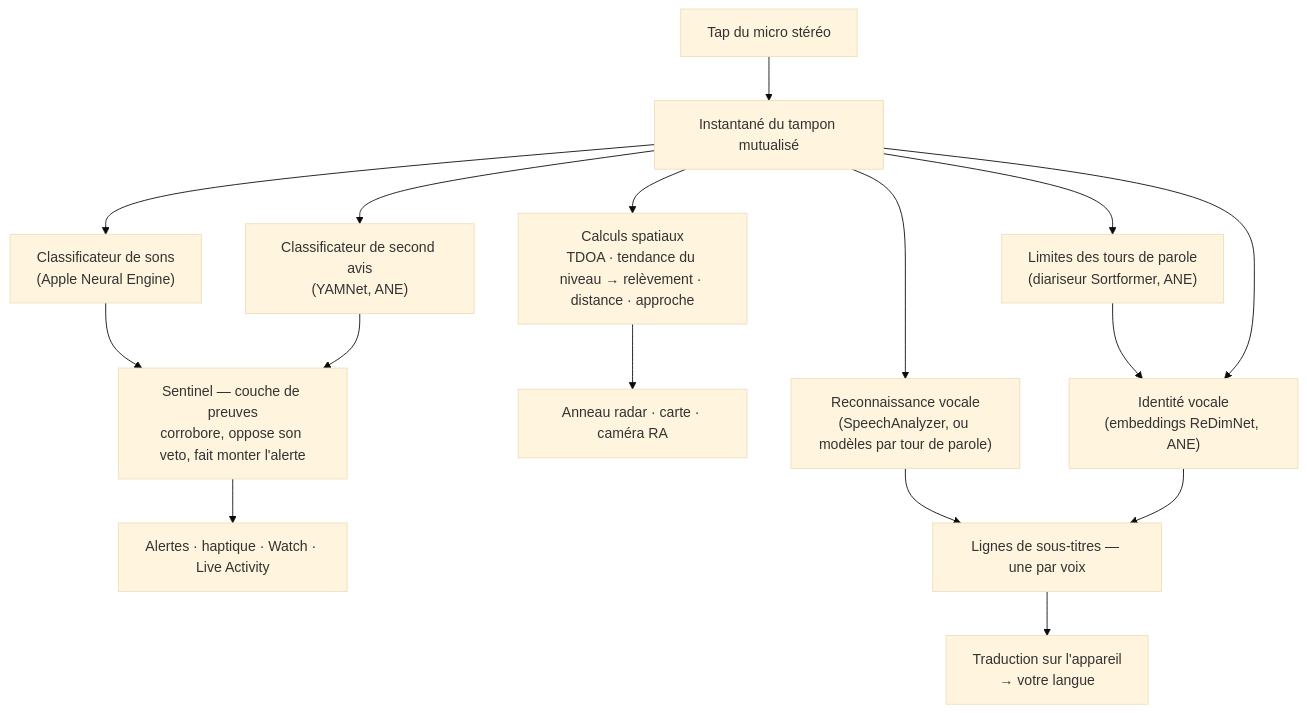
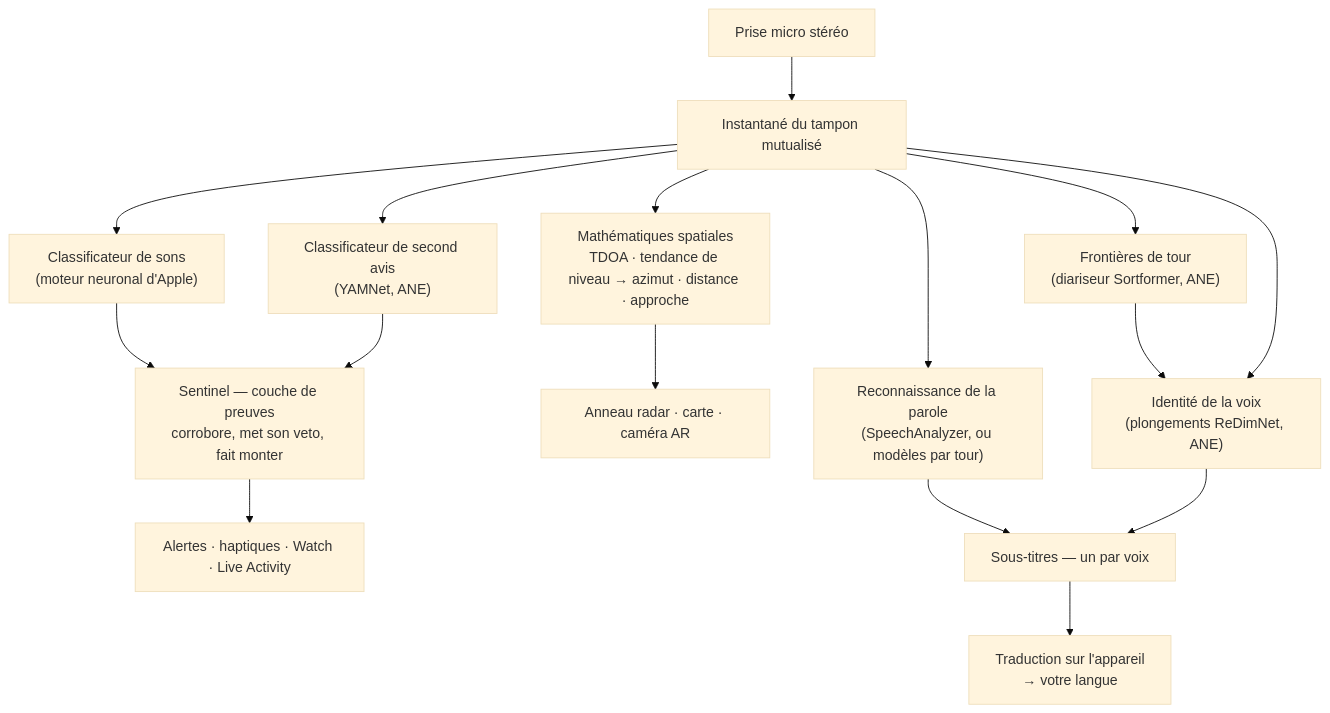
One commit to rpalm01-star/VigilantEarLegal changed the second of 4 diagrams in README_fr.md. Above: the diagram before and after it, drawn with Mermaid (base theme). The commit also changed other lines of this file and 14 other files, not shown here.

````diff
--- a/README_fr.md
+++ b/README_fr.md
@@ -145,18 +164,18 @@
 ```mermaid
 graph TD
-    A["Tap du micro stéréo"] --> B["Instantané du tampon mutualisé"]
-    B --> C["Classificateur de sons<br/>(Apple Neural Engine)"]
+    A["Prise micro stéréo"] --> B["Instantané du tampon mutualisé"]
+    B --> C["Classificateur de sons<br/>(moteur neuronal d'Apple)"]
     B --> Y["Classificateur de second avis<br/>(YAMNet, ANE)"]
-    C --> S["Sentinel — couche de preuves<br/>corrobore, oppose son veto, fait monter l'alerte"]
+    C --> S["Sentinel — couche de preuves<br/>corrobore, met son veto, fait monter"]
     Y --> S
-    S --> H["Alertes · haptique · Watch · Live Activity"]
-    B --> D["Calculs spatiaux<br/>TDOA · tendance du niveau → relèvement · distance · approche"]
-    D --> R["Anneau radar · carte · caméra RA"]
-    B --> F["Reconnaissance vocale<br/>(SpeechAnalyzer, ou modèles par tour de parole)"]
-    B --> N["Limites des tours de parole<br/>(diariseur Sortformer, ANE)"]
-    N --> E["Identité vocale<br/>(embeddings ReDimNet, ANE)"]
+    S --> H["Alertes · haptiques · Watch · Live Activity"]
+    B --> D["Mathématiques spatiales<br/>TDOA · tendance de niveau → azimut · distance · approche"]
+    D --> R["Anneau radar · carte · caméra AR"]
+    B --> F["Reconnaissance de la parole<br/>(SpeechAnalyzer, ou modèles par tour)"]
+    B --> N["Frontières de tour<br/>(diariseur Sortformer, ANE)"]
+    N --> E["Identité de la voix<br/>(plongements ReDimNet, ANE)"]
     B --> E
-    F --> G["Lignes de sous-titres — une par voix"]
+    F --> G["Sous-titres — un par voix"]
     E --> G
     G --> T["Traduction sur l'appareil<br/>→ votre langue"]
 ```
````
